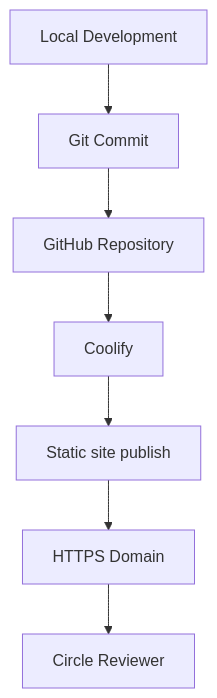
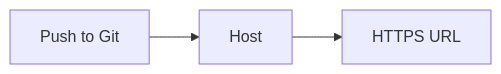
The second of 4 diagrams in architecture.md (AdamMomen/usdc-control-plane), drawn with Mermaid before and after one commit. The commit also changed other lines of this file and 7 other files, not shown here.

Commit message:
Enhance architecture documentation and UI: restructure architecture.md for clarity, add in-app architecture window with links to detailed documentation, and implement validation for Mermaid diagrams. Update package.json to include new dependencies for architecture visualization.

````diff
--- a/architecture.md
+++ b/architecture.md
@@ -57,16 +33,5 @@
 ```mermaid
-flowchart TD
-
-A[Local Development]
---> B[Git Commit]
-
-B --> C[GitHub Repository]
-
-C --> D[Coolify]
-
-D --> E[Static site publish]
-
-E --> G[HTTPS Domain]
-
-G --> H[Circle Reviewer]
+flowchart LR
+  P[Push to Git] --> Y[Host]
+  Y --> U[HTTPS URL]
 ```
````
